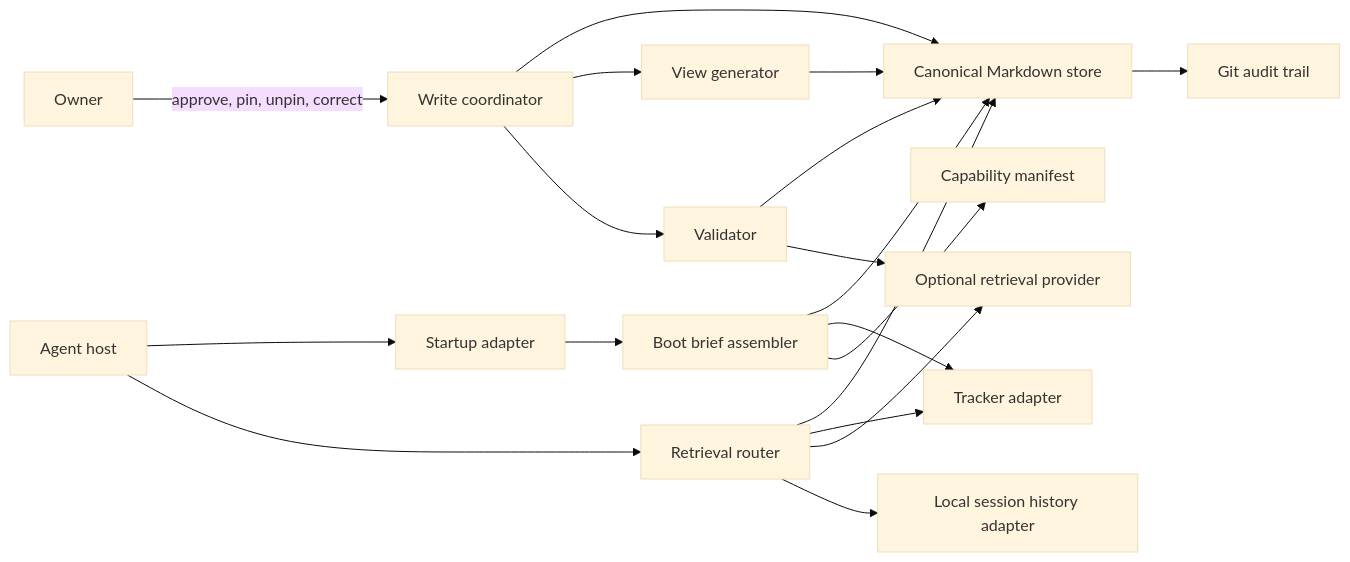
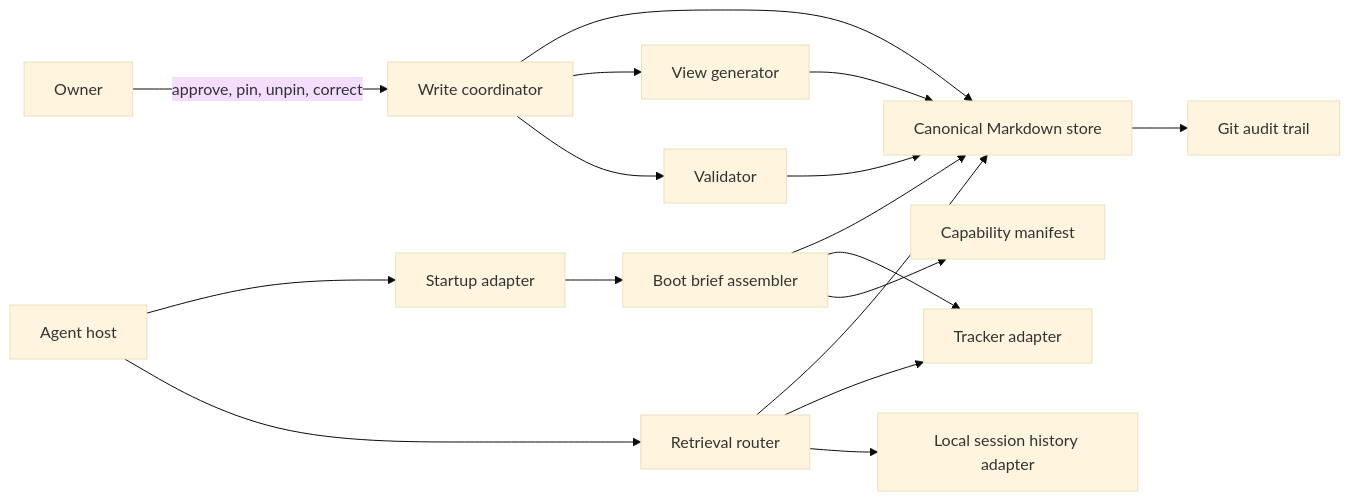
The diagram in work-items/memory-redesign/memory-system-v2-master-technical-architecture.md (Mar5929/claude-toolkit), drawn with Mermaid (base theme) before and after one commit. The commit also changed other lines of this file and 1 other file, not shown here.

Commit message:
Record direct Markdown retrieval architecture

```diff
--- a/work-items/memory-redesign/memory-system-v2-master-technical-architecture.md
+++ b/work-items/memory-redesign/memory-system-v2-master-technical-architecture.md
@@ -122,21 +128,19 @@
 ~~~mermaid
 flowchart LR
     O[Owner] -->|approve, pin, unpin, correct| WC[Write coordinator]
     H[Agent host] --> SA[Startup adapter]
     SA --> BA[Boot brief assembler]
     BA --> CS[Canonical Markdown store]
     BA --> TA[Tracker adapter]
     BA --> CM[Capability manifest]
     H --> RR[Retrieval router]
     RR --> CS
     RR --> TA
-    RR --> RP[Optional retrieval provider]
     RR --> SH[Local session history adapter]
     WC --> CS
     WC --> VG[View generator]
     WC --> V[Validator]
     VG --> CS
     V --> CS
-    V --> RP
     CS --> G[Git audit trail]
 ~~~
```
